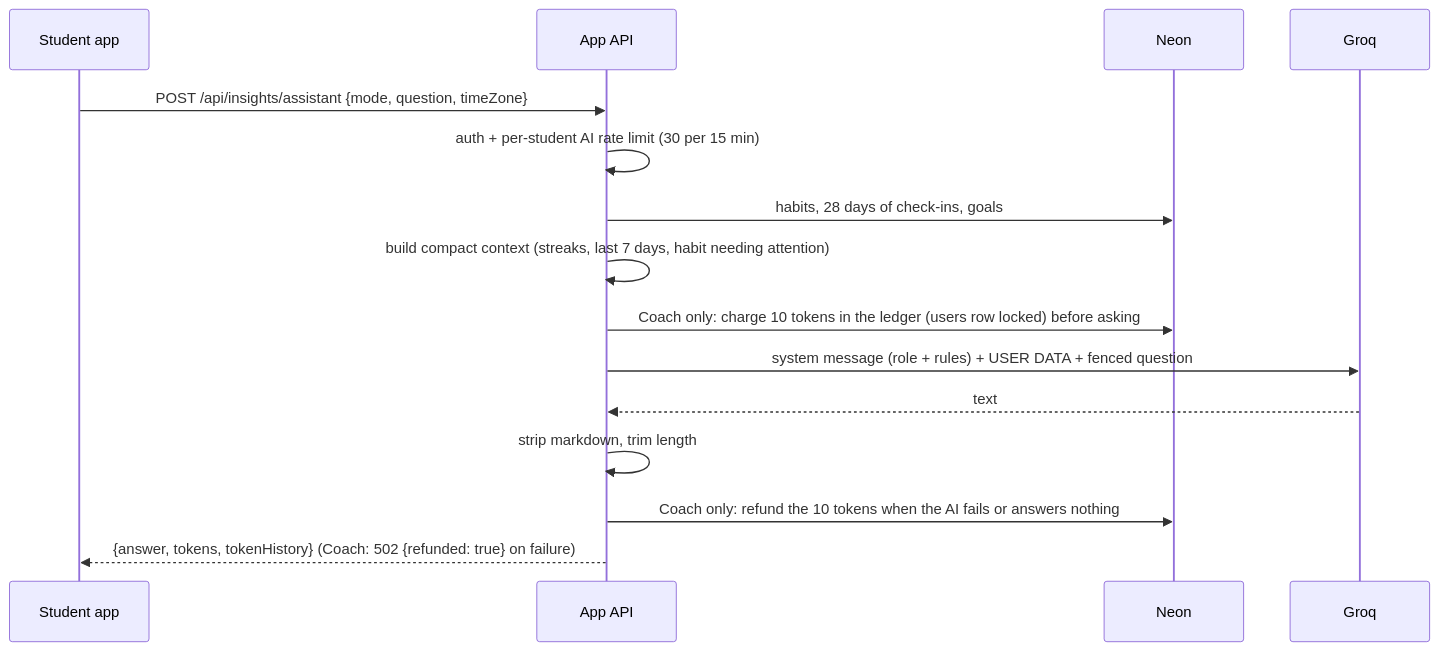
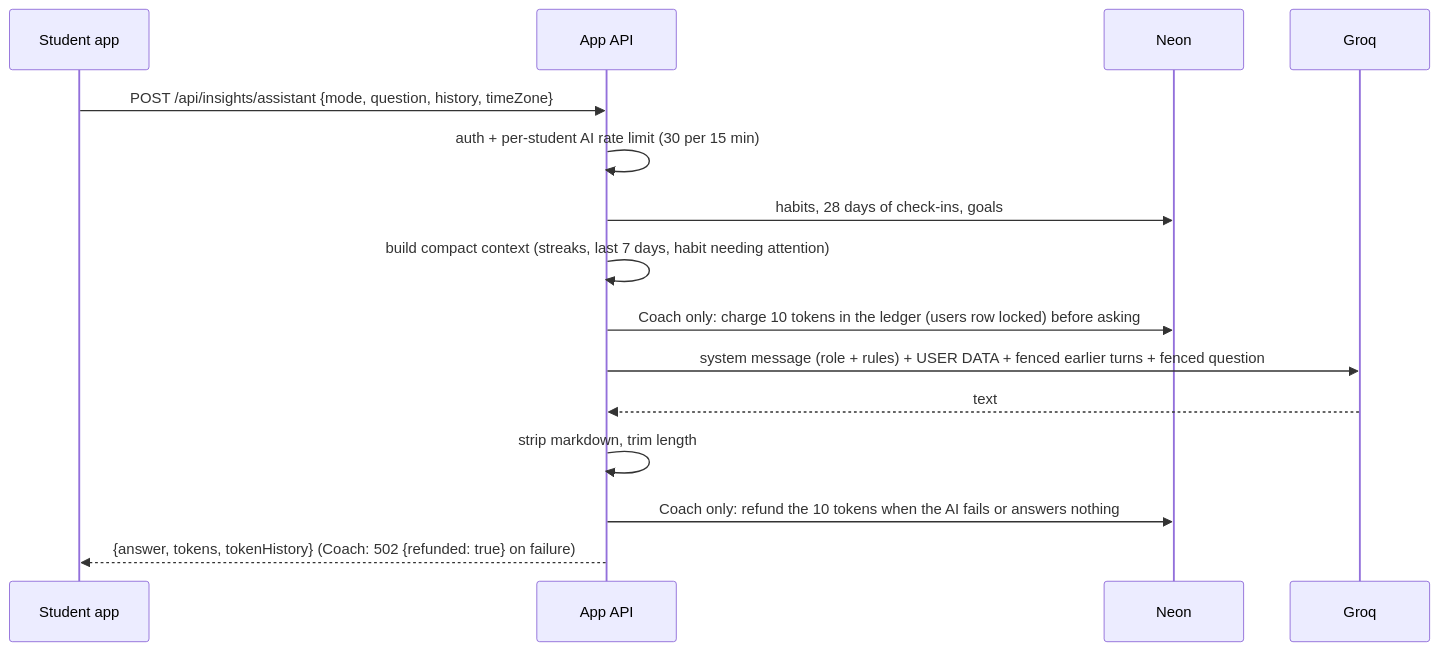
Before and after one commit to nathecruz/Capstone-Project: the eighth of 9 diagrams in ARCHITECTURE.md, drawn with Mermaid. The commit also changed other lines of this file and 25 other files, not shown here.

````diff
--- a/ARCHITECTURE.md
+++ b/ARCHITECTURE.md
@@ -291,17 +291,17 @@
 ```mermaid
 sequenceDiagram
   participant A as Student app
   participant API as App API
   participant DB as Neon
   participant G as Groq
-  A->>API: POST /api/insights/assistant {mode, question, timeZone}
+  A->>API: POST /api/insights/assistant {mode, question, history, timeZone}
   API->>API: auth + per-student AI rate limit (30 per 15 min)
   API->>DB: habits, 28 days of check-ins, goals
   API->>API: build compact context (streaks, last 7 days, habit needing attention)
   API->>DB: Coach only: charge 10 tokens in the ledger (users row locked) before asking
-  API->>G: system message (role + rules) + USER DATA + fenced question
+  API->>G: system message (role + rules) + USER DATA + fenced earlier turns + fenced question
   G-->>API: text
   API->>API: strip markdown, trim length
   API->>DB: Coach only: refund the 10 tokens when the AI fails or answers nothing
   API-->>A: {answer, tokens, tokenHistory} (Coach: 502 {refunded: true} on failure)
 ```
````
